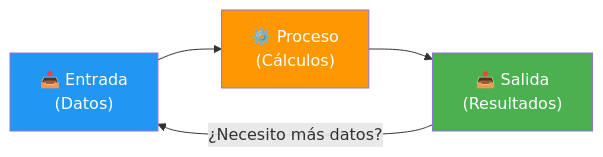
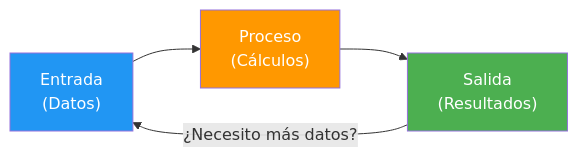
One commit to joseluisgs/Programacion-01-2026-2027 changed the first of 2 diagrams in 04-estructura-programa.md. Above: the diagram before and after it, drawn with Mermaid. The commit also changed other lines of this file and 10 other files, not shown here.

````diff
--- a/04-estructura-programa.md
+++ b/04-estructura-programa.md
@@ -31,10 +31,10 @@
 ```mermaid
 graph LR
-    A["📥 Entrada\n(Datos)"] --> B["⚙️ Proceso\n(Cálculos)"]
-    B --> C["📤 Salida\n(Resultados)"]
+    A["Entrada\n(Datos)"] --> B["Proceso\n(Cálculos)"]
+    B --> C["Salida\n(Resultados)"]
     C -->|"¿Necesito más datos?"| A
 
     style A fill:#2196F3,color:#fff
     style B fill:#FF9800,color:#fff
     style C fill:#4CAF50,color:#fff
 ```
````
